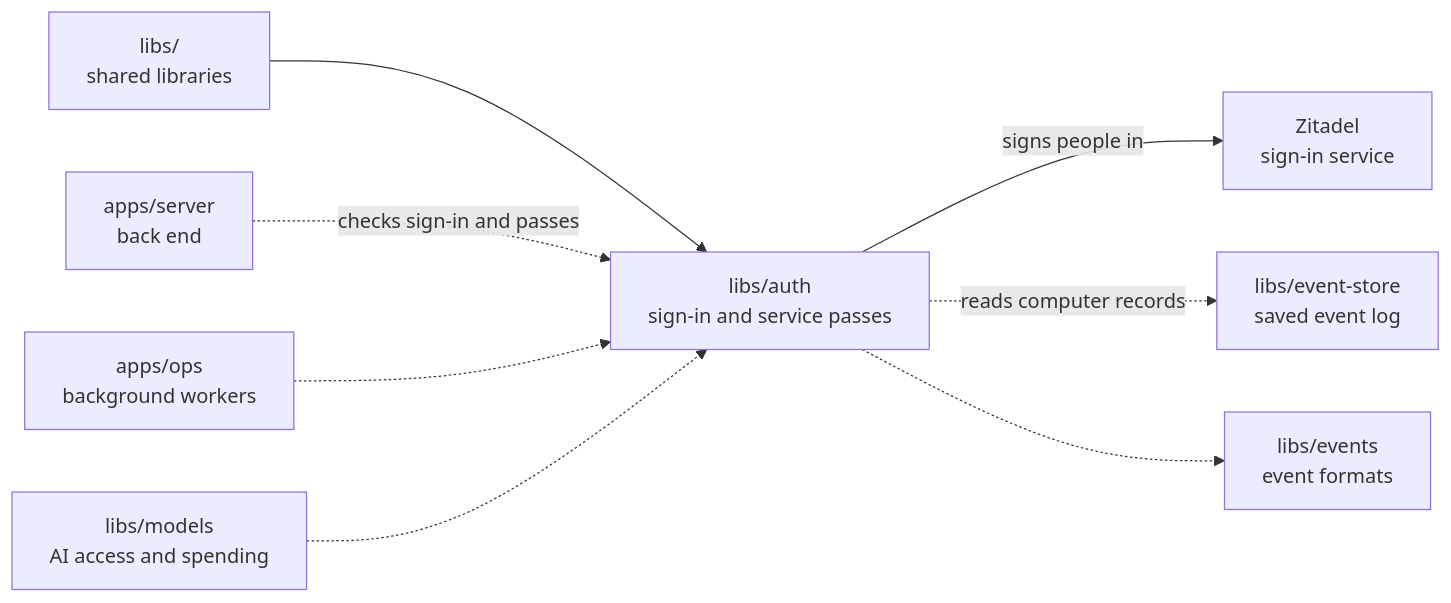
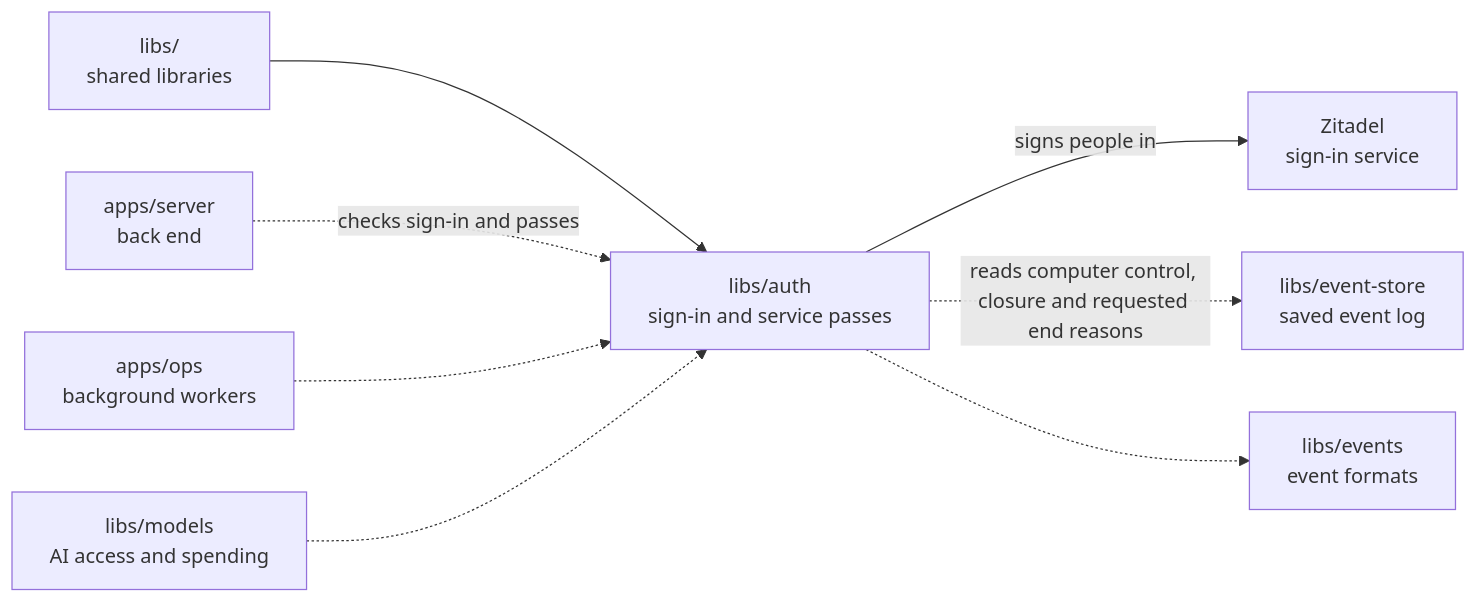
The diagram in libs/auth/README.md (elewa-git/opencrane-new), drawn with Mermaid before and after one commit. The commit also changed other lines of this file and 15 other files, not shown here.

````diff
--- a/libs/auth/README.md
+++ b/libs/auth/README.md
@@ -20,10 +20,10 @@
 ```mermaid
 flowchart LR
   parent["libs/<br/>shared libraries"] --> auth["libs/auth<br/>sign-in and service passes"]
   server["apps/server<br/>back end"] -.->|checks sign-in and passes| auth
   ops["apps/ops<br/>background workers"] -.-> auth
   models["libs/models<br/>AI access and spending"] -.-> auth
   auth -->|signs people in| zitadel["Zitadel<br/>sign-in service"]
-  auth -.->|reads computer records| store["libs/event-store<br/>saved event log"]
+  auth -.->|reads computer control, closure and requested end reasons| store["libs/event-store<br/>saved event log"]
   auth -.-> events["libs/events<br/>event formats"]
 ```
````
